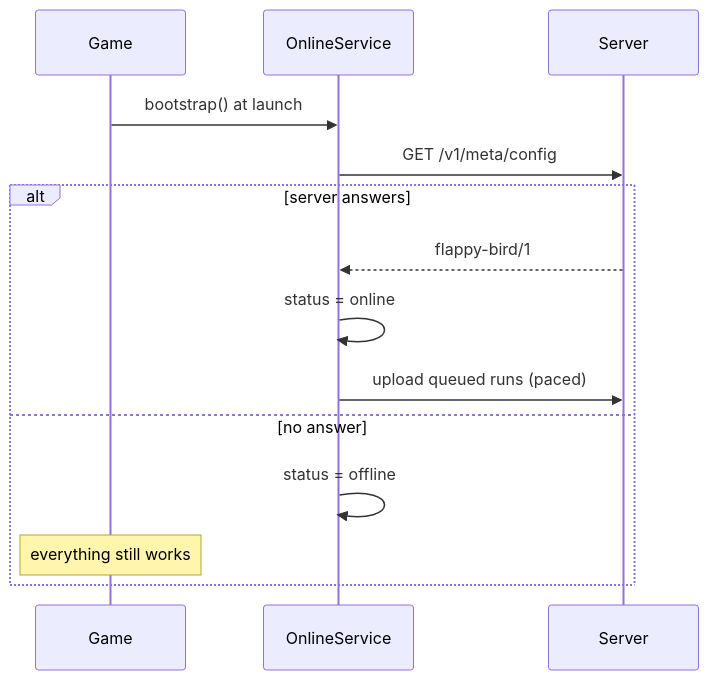
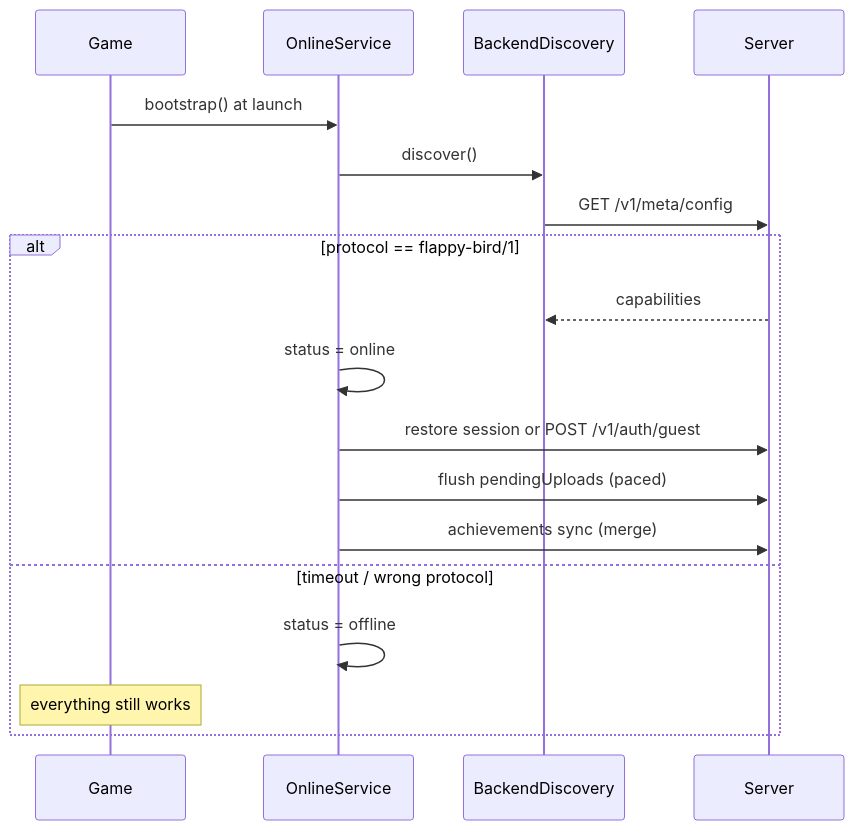
The tenth of 19 diagrams in ARCHITECTURE.md (hoangsonww/Flappy-Bird-Game), drawn with Mermaid before and after one commit. The commit also changed other lines of this file, not shown here.

First line of the commit message:
docs: expand ARCHITECTURE.md into a full system map

````diff
--- a/ARCHITECTURE.md
+++ b/ARCHITECTURE.md
@@ -176,17 +572,21 @@
 ```mermaid
 sequenceDiagram
     participant G as Game
     participant O as OnlineService
+    participant D as BackendDiscovery
     participant S as Server
 
     G->>O: bootstrap() at launch
-    O->>S: GET /v1/meta/config
-    alt server answers
-        S-->>O: flappy-bird/1
+    O->>D: discover()
+    D->>S: GET /v1/meta/config
+    alt protocol == flappy-bird/1
+        S-->>D: capabilities
         O->>O: status = online
-        O->>S: upload queued runs (paced)
-    else no answer
+        O->>S: restore session or POST /v1/auth/guest
+        O->>S: flush pendingUploads (paced)
+        O->>S: achievements sync (merge)
+    else timeout / wrong protocol
         O->>O: status = offline
         Note over G: everything still works
     end
 ```
````
